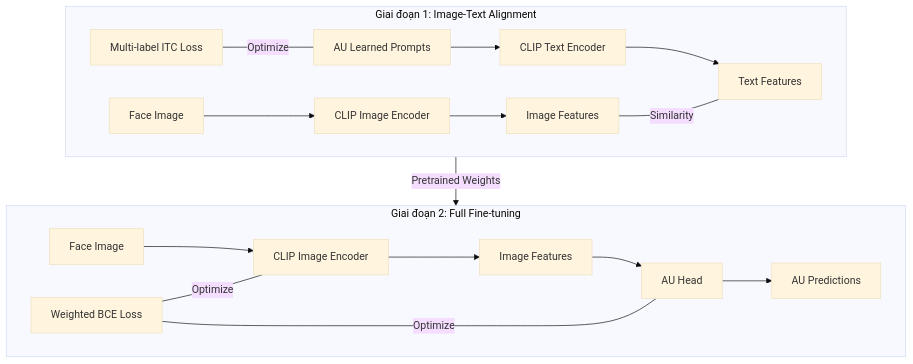
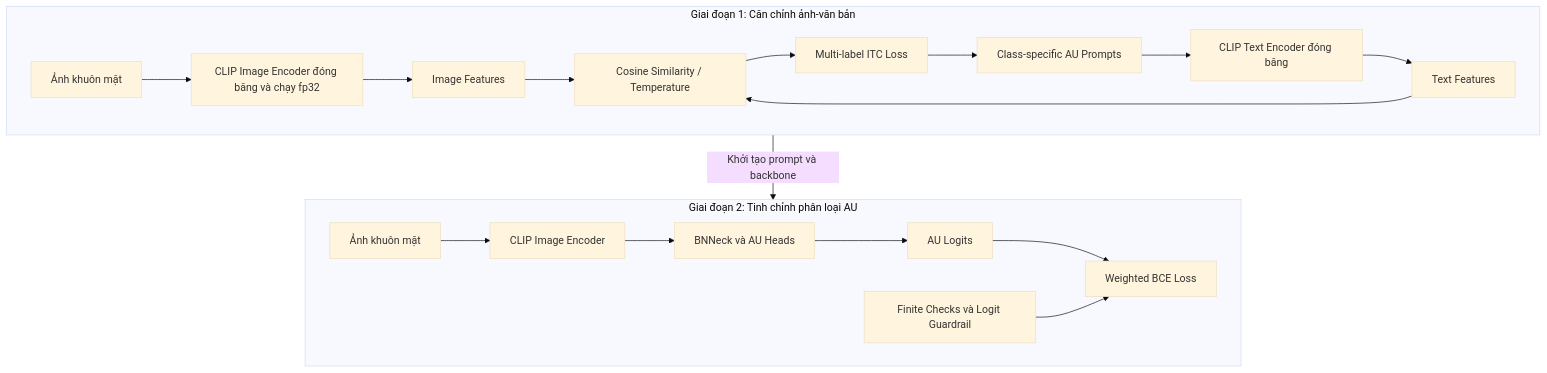
Before and after one commit to DungLe2005/Action-Units: the diagram in walkthrough.md, drawn with Mermaid (base theme). The commit also changed other lines of this file and 6 other files, not shown here.

````diff
--- a/walkthrough.md
+++ b/walkthrough.md
@@ -7,21 +7,23 @@
 ```mermaid
 graph TD
-    subgraph Stage1["Giai đoạn 1: Image-Text Alignment"]
-        A[Face Image] --> B[CLIP Image Encoder]
-        C[AU Learned Prompts] --> D[CLIP Text Encoder]
+    subgraph Stage1["Giai đoạn 1: Căn chỉnh ảnh-văn bản"]
+        A[Ảnh khuôn mặt] --> B[CLIP Image Encoder đóng băng và chạy fp32]
+        C[Class-specific AU Prompts] --> D[CLIP Text Encoder đóng băng]
         B --> E[Image Features]
         D --> F[Text Features]
-        E -- Similarity --- F
-        G[Multi-label ITC Loss] -- Optimize --- C
+        E --> G[Cosine Similarity / Temperature]
+        F --> G
+        G --> H[Multi-label ITC Loss]
+        H --> C
     end
-    
-    subgraph Stage2["Giai đoạn 2: Full Fine-tuning"]
-        H[Face Image] --> I[CLIP Image Encoder]
-        I --> J[Image Features]
-        J --> K[AU Head]
-        K --> L[AU Predictions]
-        M[Weighted BCE Loss] -- Optimize --- I & K
+
+    subgraph Stage2["Giai đoạn 2: Tinh chỉnh phân loại AU"]
+        I[Ảnh khuôn mặt] --> J[CLIP Image Encoder]
+        J --> K[BNNeck và AU Heads]
+        K --> L[AU Logits]
+        L --> M[Weighted BCE Loss]
+        N[Finite Checks và Logit Guardrail] --> M
     end
-    
-    Stage1 -->|Pretrained Weights| Stage2
+
+    Stage1 -->|Khởi tạo prompt và backbone| Stage2
 ```
````
